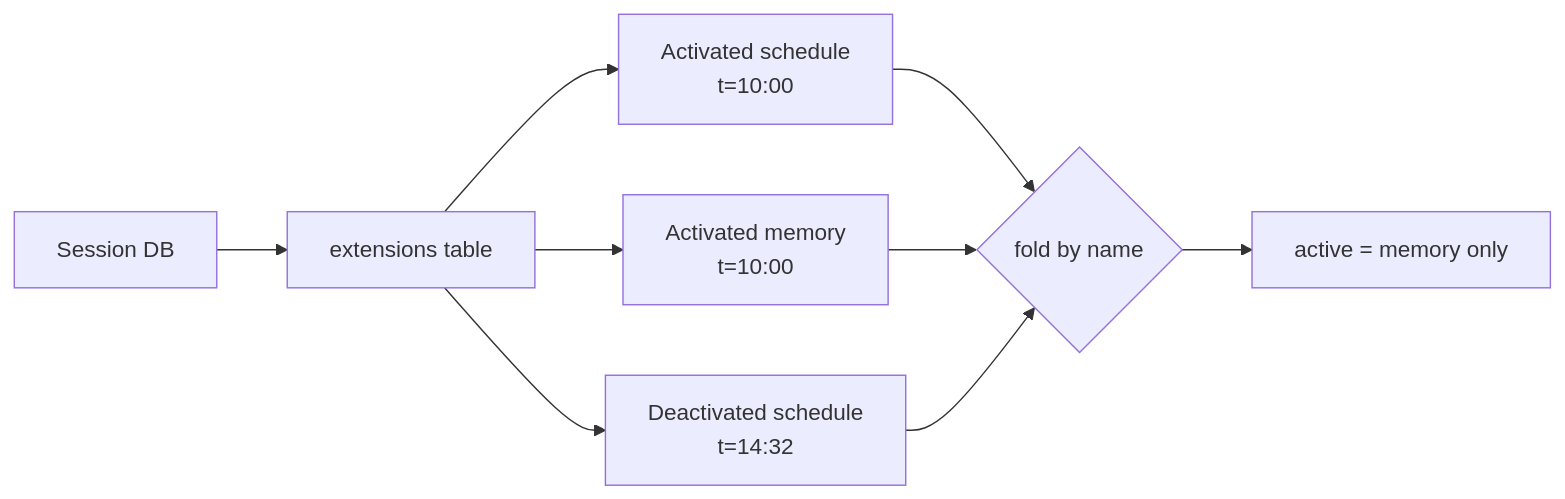
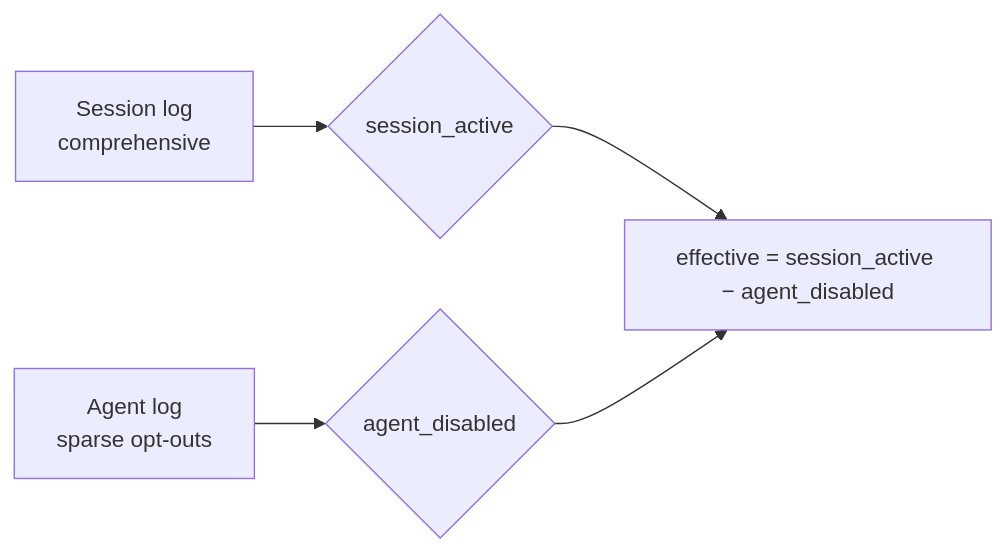
One commit to arcuru/chaz changed the diagram in docs/src/architecture/extensions.md. Above: the diagram before and after it, drawn with Mermaid. The commit also changed other lines of this file and 1 other file, not shown here.

````diff
--- a/docs/src/architecture/extensions.md
+++ b/docs/src/architecture/extensions.md
@@ -323,11 +294,7 @@
 ```mermaid
 graph LR
-    A[Session DB] --> B[extensions table]
-    B --> E1[Activated schedule<br/>t=10:00]
-    B --> E2[Activated memory<br/>t=10:00]
-    B --> E3[Deactivated schedule<br/>t=14:32]
-    E1 --> F{fold by name}
-    E2 --> F
-    E3 --> F
-    F --> G[active = memory only]
+    S[Session log<br/>comprehensive] --> X{session_active}
+    A[Agent log<br/>sparse opt-outs] --> Y{agent_disabled}
+    X --> E[effective = session_active − agent_disabled]
+    Y --> E
 ```
````
